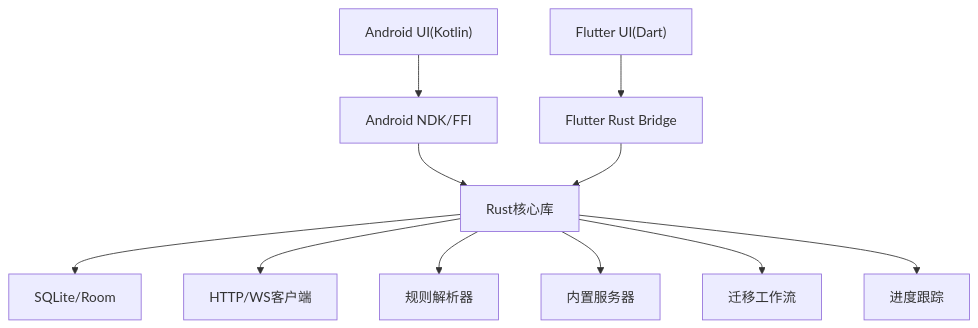
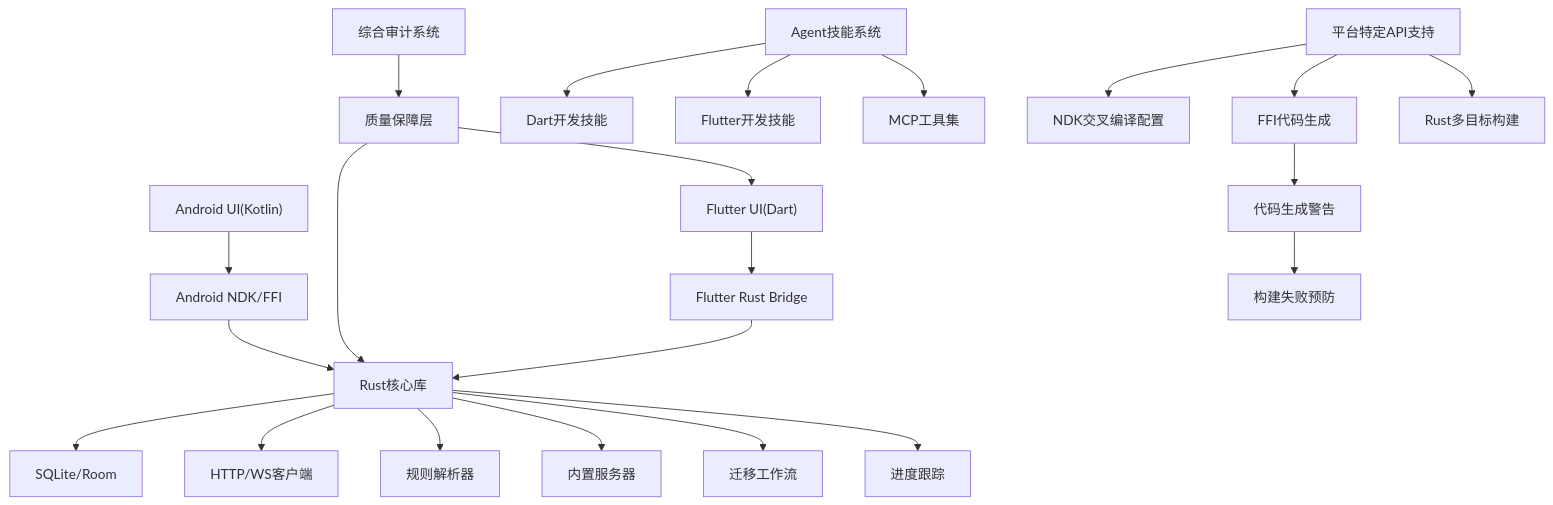
The second of 13 diagrams in .qoder/repowiki/zh/content/开发指南/开发指南.md (ZhangGHGitHub/LegadoTeamFlutter), drawn with Mermaid before and after one commit. The commit also changed other lines of this file and 173 other files, not shown here.

````diff
--- a/.qoder/repowiki/zh/content/开发指南/开发指南.md
+++ b/.qoder/repowiki/zh/content/开发指南/开发指南.md
@@ -142,24 +183,47 @@
 ```mermaid
 graph TB
 UI_Android["Android UI(Kotlin)"]
 UI_Flutter["Flutter UI(Dart)"]
 Bridge_FRB["Flutter Rust Bridge"]
 Bridge_ADB["Android NDK/FFI"]
 Core_Rust["Rust核心库"]
 DB_SQLite["SQLite/Room"]
 Net_HTTP["HTTP/WS客户端"]
 Parser["规则解析器"]
 Server["内置服务器"]
 Migration["迁移工作流"]
 Progress["进度跟踪"]
+Agent_Skills["Agent技能系统"]
+Audit_System["综合审计系统"]
+Quality_Guard["质量保障层"]
+Skill_Dart["Dart开发技能"]
+Skill_Flutter["Flutter开发技能"]
+Skill_MCP["MCP工具集"]
+Platform_API["平台特定API支持"]
+NDK_Config["NDK交叉编译配置"]
+FRB_Gen["FFI代码生成"]
+Rust_Targets["Rust多目标构建"]
+Code_Gen_Warning["代码生成警告"]
+Build_Failure_Prevention["构建失败预防"]
 UI_Android --> Bridge_ADB
 UI_Flutter --> Bridge_FRB
 Bridge_ADB --> Core_Rust
 Bridge_FRB --> Core_Rust
 Core_Rust --> DB_SQLite
 Core_Rust --> Net_HTTP
 Core_Rust --> Parser
 Core_Rust --> Server
 Core_Rust --> Migration
 Core_Rust --> Progress
+Agent_Skills --> Skill_Dart
+Agent_Skills --> Skill_Flutter
+Agent_Skills --> Skill_MCP
+Audit_System --> Quality_Guard
+Quality_Guard --> Core_Rust
+Quality_Guard --> UI_Flutter
+Platform_API --> NDK_Config
+Platform_API --> FRB_Gen
+Platform_API --> Rust_Targets
+FRB_Gen --> Code_Gen_Warning
+Code_Gen_Warning --> Build_Failure_Prevention
 ```
````
